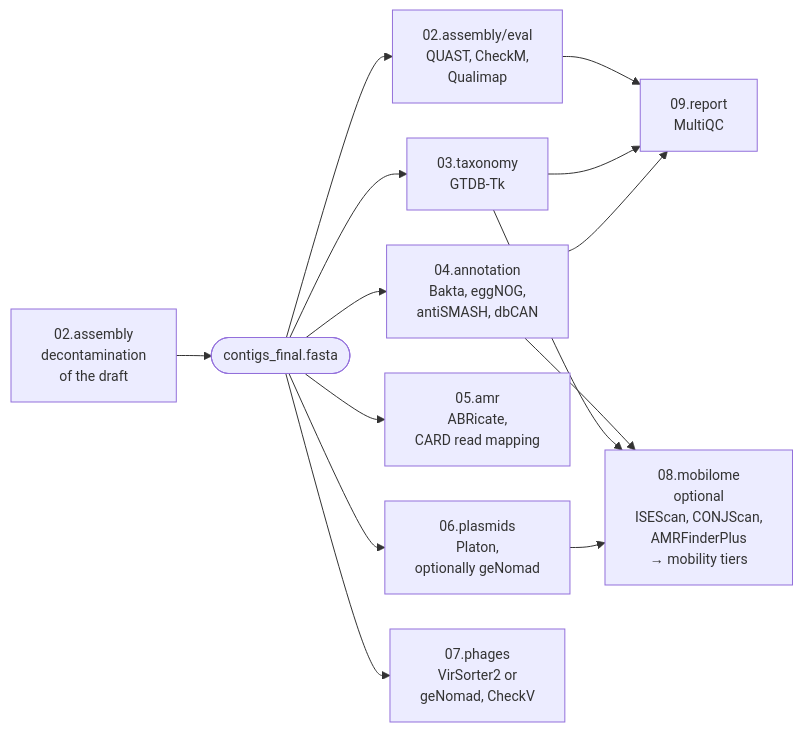
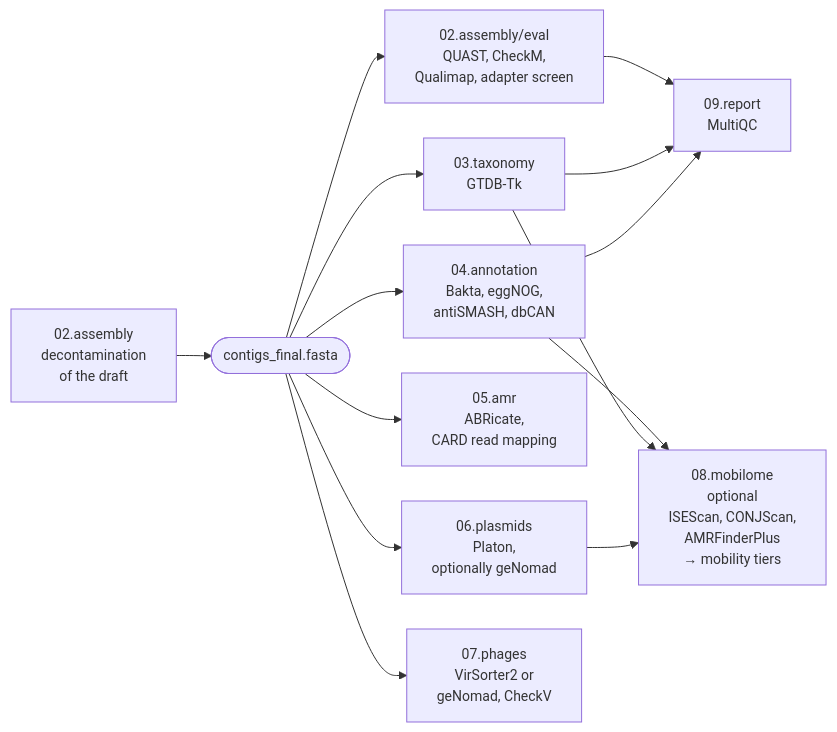
The second of 3 diagrams in docs/architecture.md (iLivius/BacFlux), drawn with Mermaid before and after one commit. The commit also changed other lines of this file and 45 other files, not shown here.

````diff
--- a/docs/architecture.md
+++ b/docs/architecture.md
@@ -47,24 +47,24 @@
 ```mermaid
 ---
 config:
   themeVariables:
     fontSize: 14px
   flowchart:
     nodeSpacing: 35
     rankSpacing: 35
 ---
 flowchart LR
     DECON[02.assembly<br/>decontamination<br/>of the draft] --> FINAL([contigs_final.fasta])
-    FINAL --> QC[02.assembly/eval<br/>QUAST, CheckM,<br/>Qualimap]
+    FINAL --> QC[02.assembly/eval<br/>QUAST, CheckM,<br/>Qualimap, adapter screen]
     FINAL --> TAX[03.taxonomy<br/>GTDB-Tk]
     FINAL --> ANN[04.annotation<br/>Bakta, eggNOG,<br/>antiSMASH, dbCAN]
     FINAL --> AMR[05.amr<br/>ABRicate,<br/>CARD read mapping]
     FINAL --> PLA[06.plasmids<br/>Platon,<br/>optionally geNomad]
     FINAL --> PHA[07.phages<br/>VirSorter2 or<br/>geNomad, CheckV]
     ANN --> MOB[08.mobilome<br/>optional<br/>ISEScan, CONJScan,<br/>AMRFinderPlus<br/>→ mobility tiers]
     TAX --> MOB
     PLA --> MOB
     QC --> REP[09.report<br/>MultiQC]
     TAX --> REP
     ANN --> REP
 ```
````
